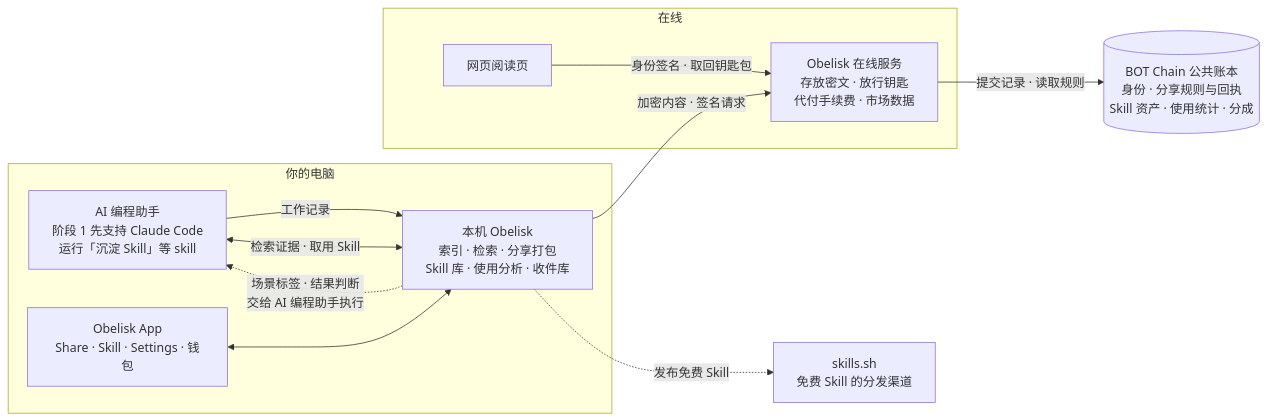
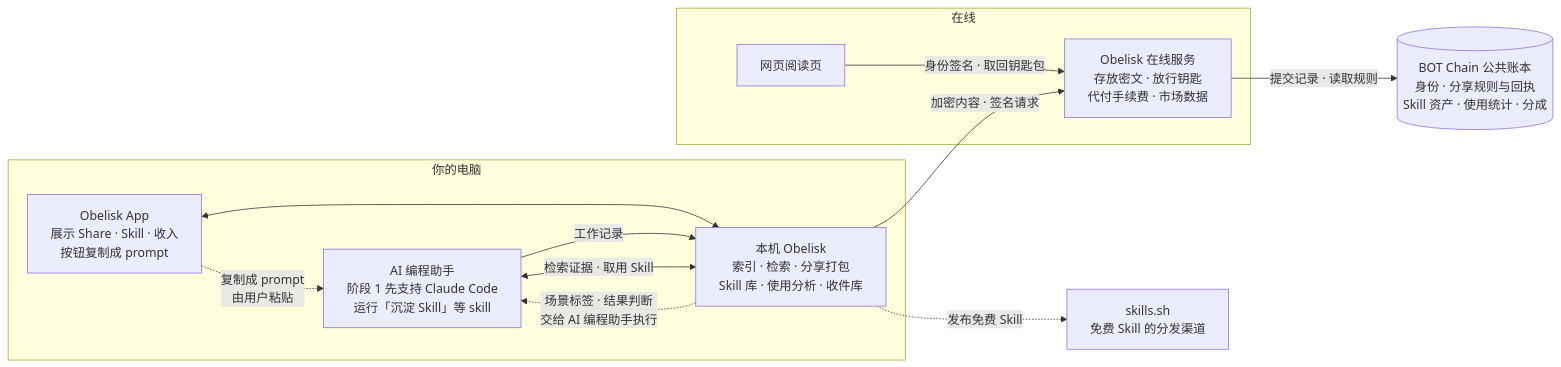
Before and after one commit to KinomotoMio/obelisk-hackathon: the diagram in docs/vision/README.md, drawn with Mermaid. The commit also changed other lines of this file and 13 other files, not shown here.

````diff
--- a/docs/vision/README.md
+++ b/docs/vision/README.md
@@ -81,23 +82,24 @@
 ```mermaid
 flowchart LR
   subgraph PC["你的电脑"]
     Agent["AI 编程助手<br/>阶段 1 先支持 Claude Code<br/>运行「沉淀 Skill」等 skill"]
     Core["本机 Obelisk<br/>索引 · 检索 · 分享打包<br/>Skill 库 · 使用分析 · 收件库"]
-    App["Obelisk App<br/>Share · Skill · Settings · 钱包"]
+    App["Obelisk App<br/>展示 Share · Skill · 收入<br/>按钮复制成 prompt"]
   end
   subgraph Online["在线"]
     Svc["Obelisk 在线服务<br/>存放密文 · 放行钥匙<br/>代付手续费 · 市场数据"]
     Web["网页阅读页"]
   end
   Chain[("BOT Chain 公共账本<br/>身份 · 分享规则与回执<br/>Skill 资产 · 使用统计 · 分成")]
   Ext["skills.sh<br/>免费 Skill 的分发渠道"]
 
   Agent -- "工作记录" --> Core
   Agent <-- "检索证据 · 取用 Skill" --> Core
   Core -. "场景标签 · 结果判断<br/>交给 AI 编程助手执行" .-> Agent
   App <--> Core
+  App -. "复制成 prompt<br/>由用户粘贴" .-> Agent
   Core -- "加密内容 · 签名请求" --> Svc
   Svc -- "提交记录 · 读取规则" --> Chain
   Web -- "身份签名 · 取回钥匙包" --> Svc
   Core -. "发布免费 Skill" .-> Ext
 ```
````
